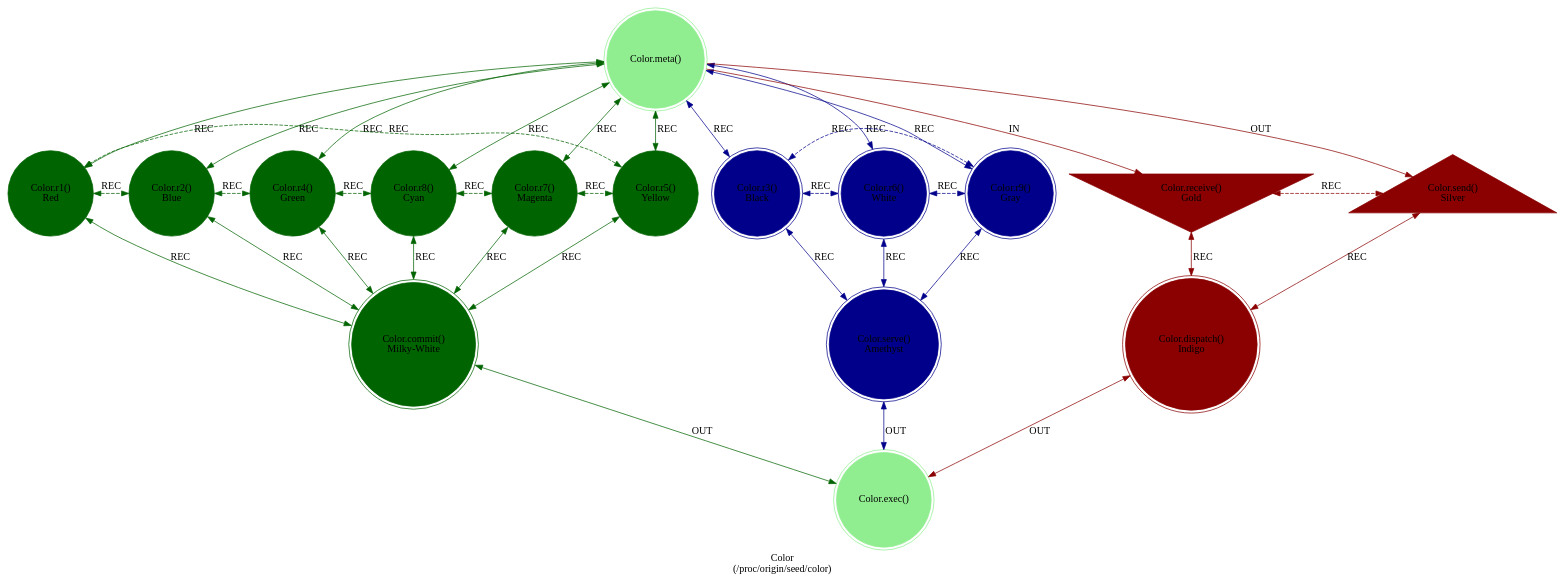
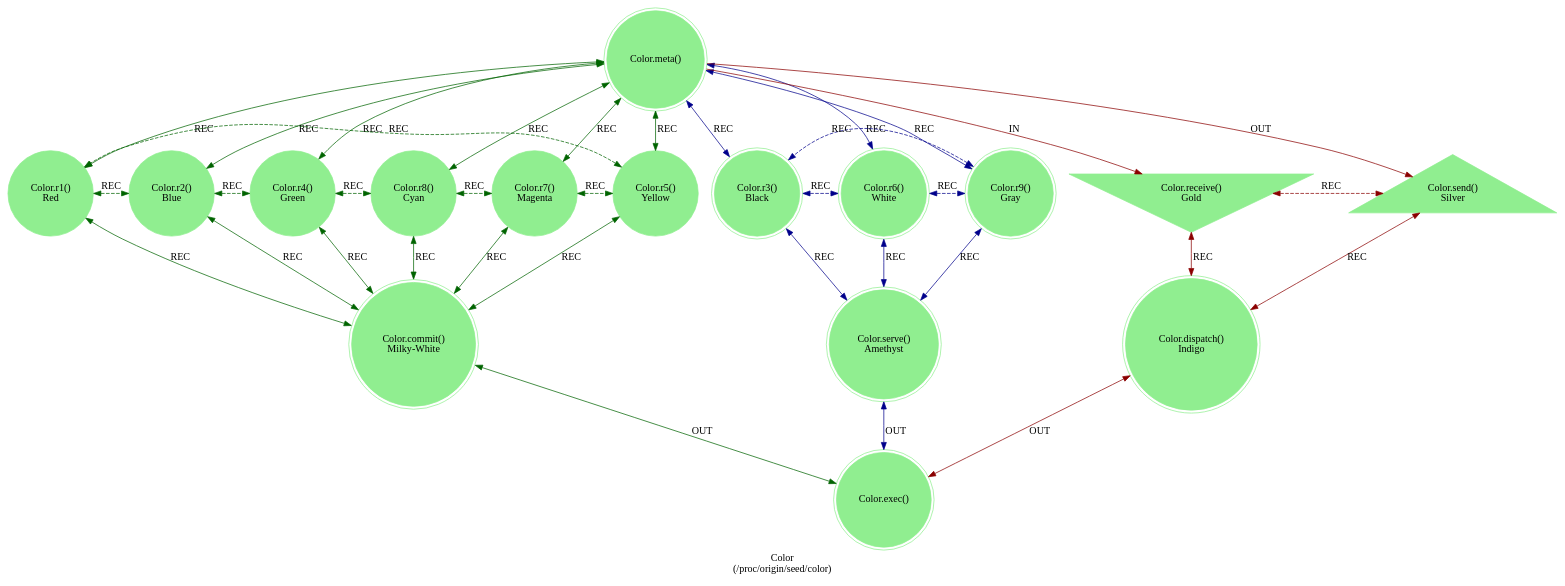
The diagram in src/includes/seed/color.dot (cilang/mythos), drawn with Graphviz before and after one commit. The commit also changed 7 other files, not shown here.

```diff
--- a/src/includes/seed/color.dot
+++ b/src/includes/seed/color.dot
@@ -1,48 +1,48 @@
 strict digraph Color {
     label = "Color\n(/proc/origin/seed/color)";
     style = filled;
     color = lightgray;
     node [shape = circle; style = filled; color = lightgreen;];
     
     // The Axis A-0-B (In-Meta-Out).
     // The Sacred 3-6-9 (Boundary of Perception).
     // The Vortex 1-2-4-8-7-5 (Boundary of Comprehension).
     // The Router C-D-E
     // The Closure F
     spark_0_t [label = "Color.meta()";comment = "";shape = doublecircle;];
-    spark_1_t [label = "Color.r1()\nRed";comment = "";shape = circle;color = darkgreen;];
-    spark_2_t [label = "Color.r2()\nBlue";comment = "";shape = circle;color = darkgreen;];
-    spark_4_t [label = "Color.r4()\nGreen";comment = "";shape = circle;color = darkgreen;];
-    spark_8_t [label = "Color.r8()\nCyan";comment = "";shape = circle;color = darkgreen;];
-    spark_7_t [label = "Color.r7()\nMagenta";comment = "";shape = circle;color = darkgreen;];
-    spark_5_t [label = "Color.r5()\nYellow";comment = "";shape = circle;color = darkgreen;];
-    spark_3_t [label = "Color.r3()\nBlack";comment = "";shape = doublecircle;color = darkblue;];
-    spark_6_t [label = "Color.r6()\nWhite";comment = "";shape = doublecircle;color = darkblue;];
-    spark_9_t [label = "Color.r9()\nGray";comment = "";shape = doublecircle;color = darkblue;];
-    spark_a_t [label = "Color.receive()\nGold";comment = "";shape = invtriangle;color = darkred;];
-    spark_b_t [label = "Color.send()\nSilver";comment = "";shape = triangle;color = darkred;];
-    spark_c_t [label = "Color.dispatch()\nIndigo";comment = "";shape = doublecircle;color = darkred;];
-    spark_d_t [label = "Color.commit()\nMilky-White";comment = "";shape = doublecircle;color = darkgreen;];
-    spark_e_t [label = "Color.serve()\nAmethyst";comment = "";shape = doublecircle;color = darkblue;];
+    spark_1_t [label = "Color.r1()\nRed";comment = "";shape = circle;];
+    spark_2_t [label = "Color.r2()\nBlue";comment = "";shape = circle;];
+    spark_4_t [label = "Color.r4()\nGreen";comment = "";shape = circle;];
+    spark_8_t [label = "Color.r8()\nCyan";comment = "";shape = circle;];
+    spark_7_t [label = "Color.r7()\nMagenta";comment = "";shape = circle;];
+    spark_5_t [label = "Color.r5()\nYellow";comment = "";shape = circle;];
+    spark_3_t [label = "Color.r3()\nBlack";comment = "";shape = doublecircle;];
+    spark_6_t [label = "Color.r6()\nWhite";comment = "";shape = doublecircle;];
+    spark_9_t [label = "Color.r9()\nGray";comment = "";shape = doublecircle;];
+    spark_a_t [label = "Color.receive()\nGold";comment = "";shape = invtriangle;];
+    spark_b_t [label = "Color.send()\nSilver";comment = "";shape = triangle;];
+    spark_c_t [label = "Color.dispatch()\nIndigo";comment = "";shape = doublecircle;];
+    spark_d_t [label = "Color.commit()\nMilky-White";comment = "";shape = doublecircle;];
+    spark_e_t [label = "Color.serve()\nAmethyst";comment = "";shape = doublecircle;];
     spark_f_t [label = "Color.exec()";comment = "";shape = doublecircle;];
     
     // IN = Input
     // OUT = Output
     // REC = Recursion
     spark_0_t -> spark_a_t [label = "IN"; color = darkred; comment = "";];
     spark_0_t -> spark_b_t [label = "OUT"; color = darkred; comment = "";];
     spark_0_t -> {spark_3_t spark_6_t spark_9_t} [label = "REC"; color = darkblue; comment = ""; dir = both;];
     spark_0_t -> {spark_1_t spark_2_t spark_4_t spark_8_t spark_7_t spark_5_t} [label = "REC"; color = darkgreen; comment = ""; dir = both;];
     
     {spark_a_t spark_b_t} -> spark_c_t [label = "REC"; color = darkred; comment = ""; dir = both;];
     {spark_1_t spark_2_t spark_4_t spark_8_t spark_7_t spark_5_t} -> spark_d_t [label = "REC"; color = darkgreen; comment = ""; dir = both;];
     {spark_3_t spark_6_t spark_9_t} -> spark_e_t [label = "REC"; color = darkblue; comment = ""; dir = both;];
     
     spark_1_t -> spark_2_t -> spark_4_t -> spark_8_t -> spark_7_t -> spark_5_t -> spark_1_t [label = "REC"; color = darkgreen; comment = ""; style = dashed; constraint = false; dir = both;];
     spark_3_t -> spark_6_t -> spark_9_t -> spark_3_t [label = "REC"; color = darkblue; comment = ""; style = dashed; constraint = false; dir = both;];
     spark_a_t -> spark_b_t [label = "REC"; color = darkred; comment = ""; constraint = false; style = dashed; dir = both;];
     
     spark_c_t -> spark_f_t [label = "OUT"; color = darkred; comment = ""; dir = both;];
     spark_d_t -> spark_f_t [label = "OUT"; color = darkgreen; comment = ""; dir = both;];
     spark_e_t -> spark_f_t [label = "OUT"; color = darkblue; comment = ""; dir = both;];
 }
```
